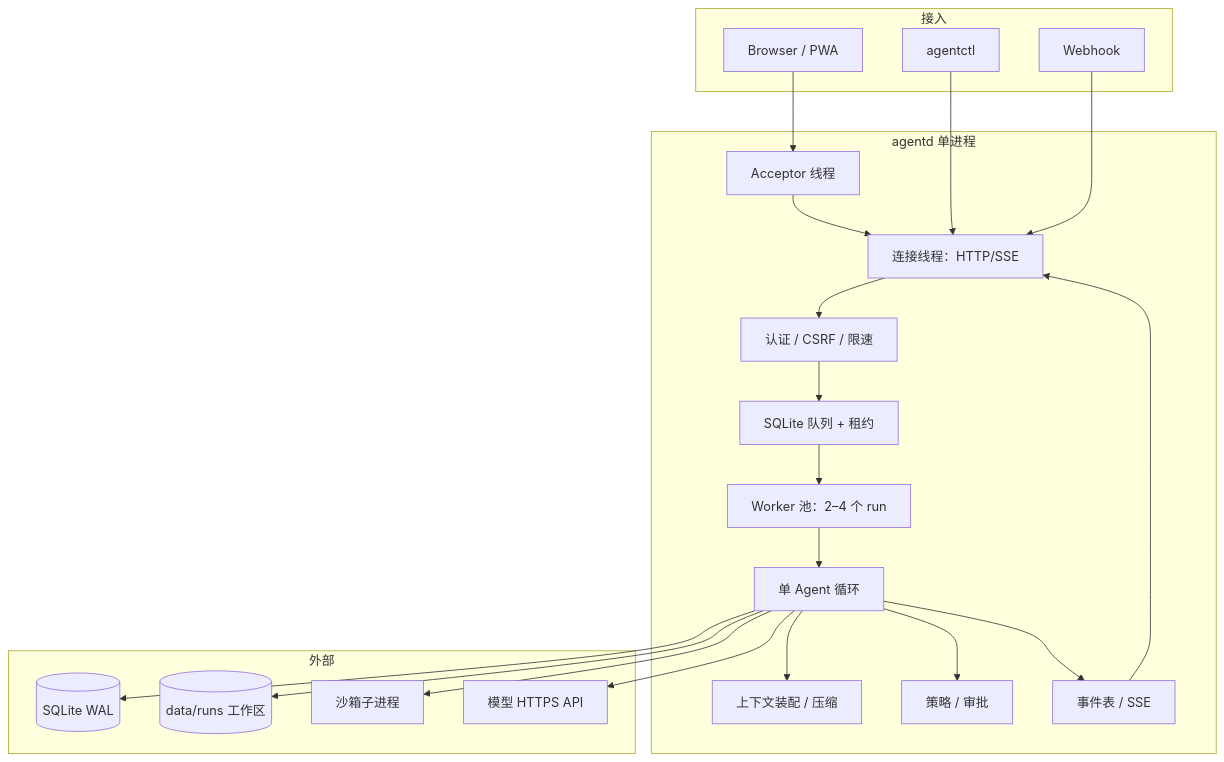
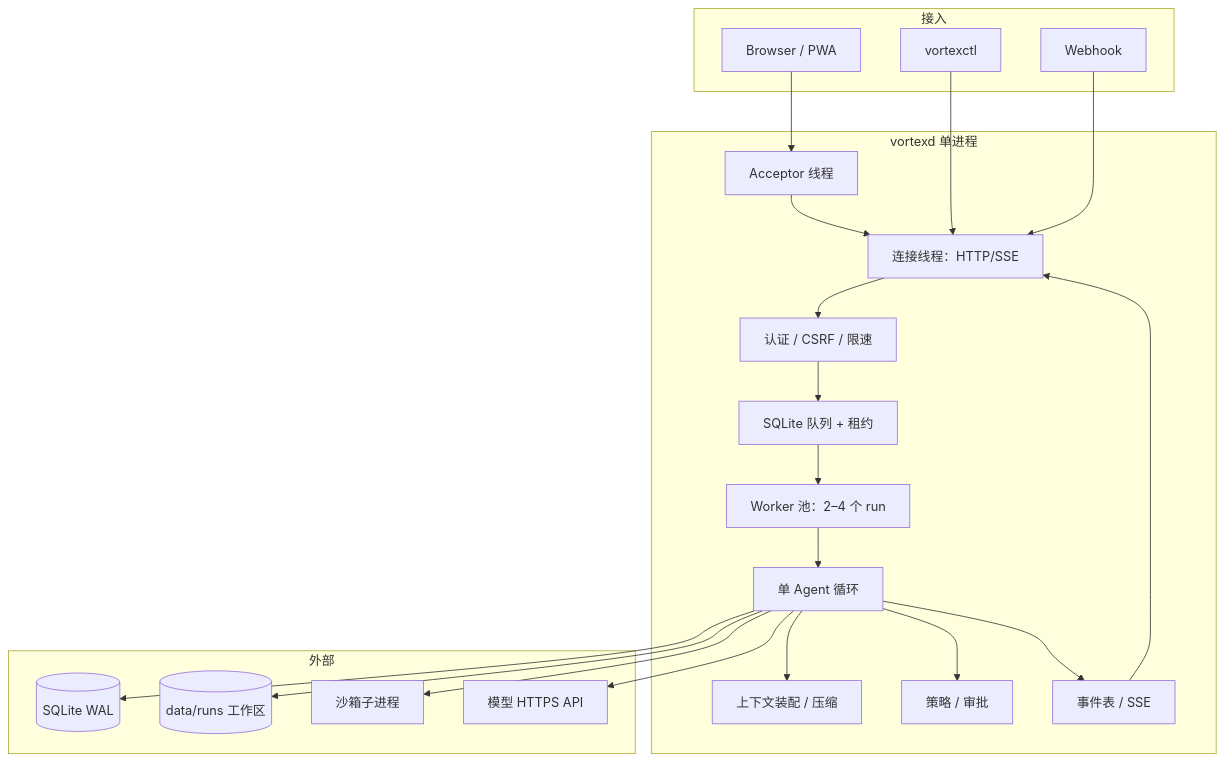
Before and after one commit to harespeed/vortex: the first of 3 diagrams in docs/architecture.md, drawn with Mermaid. The commit also changed other lines of this file and 6 other files, not shown here.

````diff
--- a/docs/architecture.md
+++ b/docs/architecture.md
@@ -49,37 +49,37 @@
 ```mermaid
 flowchart TB
   subgraph EDGE["接入"]
     B["Browser / PWA"]
-    CLI["agentctl"]
+    CLI["vortexctl"]
     HOOK["Webhook"]
   end
-  subgraph PROC["agentd 单进程"]
+  subgraph PROC["vortexd 单进程"]
     ACC["Acceptor 线程"]
     CONN["连接线程：HTTP/SSE"]
     AUTH["认证 / CSRF / 限速"]
     POOL["Worker 池：2–4 个 run"]
     LOOP["单 Agent 循环"]
     CTX["上下文装配 / 压缩"]
     POL["策略 / 审批"]
     Q["SQLite 队列 + 租约"]
     EVT["事件表 / SSE"]
   end
   subgraph EXT["外部"]
     DB[("SQLite WAL")]
     FS[("data/runs 工作区")]
     SBX["沙箱子进程"]
     LLM["模型 HTTPS API"]
   end
   B --> ACC --> CONN --> AUTH --> Q
   CLI --> CONN
   HOOK --> CONN
   Q --> POOL --> LOOP
   LOOP --> CTX
   LOOP --> POL
   LOOP --> SBX
   LOOP --> LLM
   LOOP --> DB
   LOOP --> FS
   LOOP --> EVT
   EVT --> CONN
 ```
````
